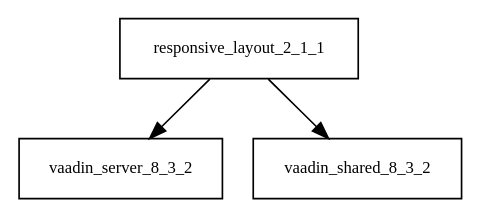
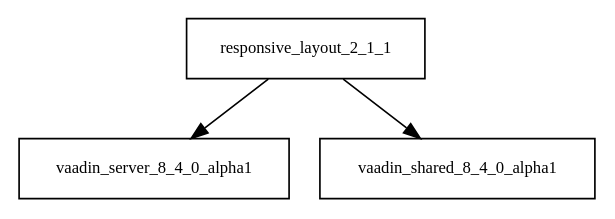
Before and after one commit to sjvs/cia: the diagram in tattleTaleReport/graphviz/responsive-layout-2.1.1.jar/responsive-layout-2.1.1.jar.dot, drawn with Graphviz. The commit also changed 2329 other files, not shown here.

```diff
--- a/tattleTaleReport/graphviz/responsive-layout-2.1.1.jar/responsive-layout-2.1.1.jar.dot
+++ b/tattleTaleReport/graphviz/responsive-layout-2.1.1.jar/responsive-layout-2.1.1.jar.dot
@@ -1,5 +1,5 @@
 digraph responsive_layout_2_1_1_dependencies {
   node [shape = box, fontsize=10.0];
-  responsive_layout_2_1_1 -> vaadin_server_8_3_2;
-  responsive_layout_2_1_1 -> vaadin_shared_8_3_2;
+  responsive_layout_2_1_1 -> vaadin_server_8_4_0_alpha1;
+  responsive_layout_2_1_1 -> vaadin_shared_8_4_0_alpha1;
 }
```
